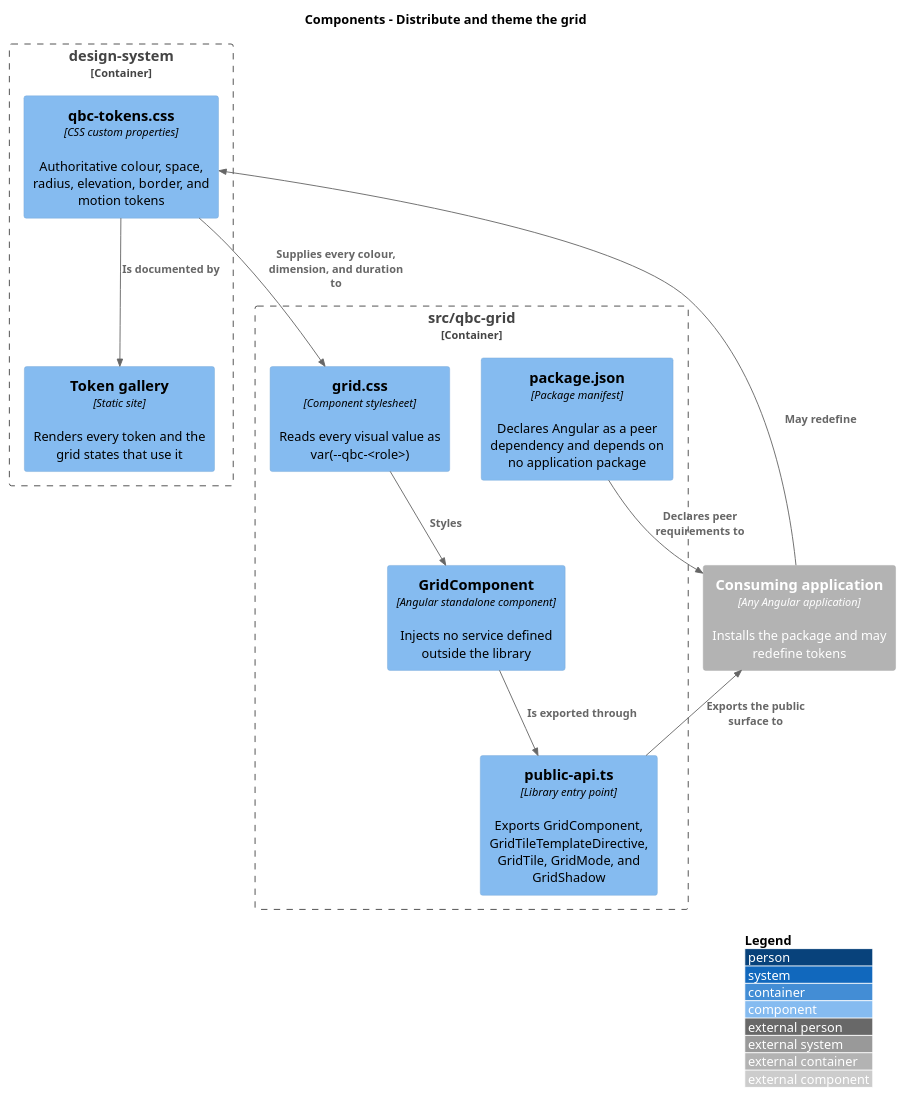
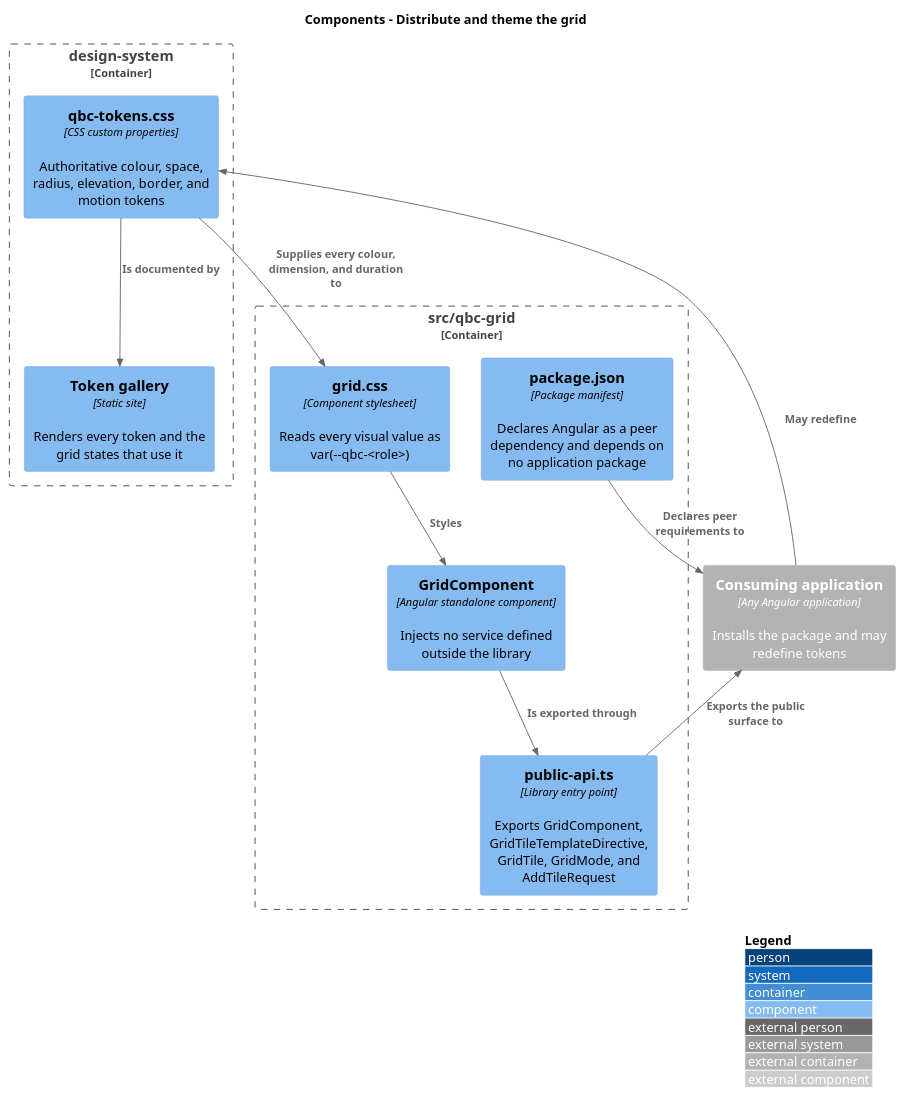
Before and after one commit to QuinntyneBrown/qbc-grid: the diagram in docs/detailed-designs/library-delivery/theme-the-grid/diagrams/c4-component.puml, drawn with PlantUML. The commit also changed 5 other files, not shown here.

First line of the commit message:
specs: give every criterion an ordinal of its own, and let two diagrams agree

```diff
--- a/docs/detailed-designs/library-delivery/theme-the-grid/diagrams/c4-component.puml
+++ b/docs/detailed-designs/library-delivery/theme-the-grid/diagrams/c4-component.puml
@@ -1,27 +1,27 @@
 @startuml
 !include <C4/C4_Component>
 LAYOUT_WITH_LEGEND()
 title Components - Distribute and theme the grid
 
 Container_Boundary(ds, "design-system") {
   Component(tokens, "qbc-tokens.css", "CSS custom properties", "Authoritative colour, space, radius, elevation, border, and motion tokens")
   Component(site, "Token gallery", "Static site", "Renders every token and the grid states that use it")
 }
 
 Container_Boundary(components, "src/qbc-grid") {
-  Component(entry, "public-api.ts", "Library entry point", "Exports GridComponent, GridTileTemplateDirective, GridTile, GridMode, and GridShadow")
+  Component(entry, "public-api.ts", "Library entry point", "Exports GridComponent, GridTileTemplateDirective, GridTile, GridMode, and AddTileRequest")
   Component(grid, "GridComponent", "Angular standalone component", "Injects no service defined outside the library")
   Component(styles, "grid.css", "Component stylesheet", "Reads every visual value as var(--qbc-<role>)")
   Component(pkg, "package.json", "Package manifest", "Declares Angular as a peer dependency and depends on no application package")
 }
 
 Container_Ext(consumer, "Consuming application", "Any Angular application", "Installs the package and may redefine tokens")
 
 Rel(tokens, styles, "Supplies every colour, dimension, and duration to")
 Rel(tokens, site, "Is documented by")
 Rel(entry, consumer, "Exports the public surface to")
 Rel(grid, entry, "Is exported through")
 Rel(styles, grid, "Styles")
 Rel(pkg, consumer, "Declares peer requirements to")
 Rel(consumer, tokens, "May redefine")
 @enduml
```
